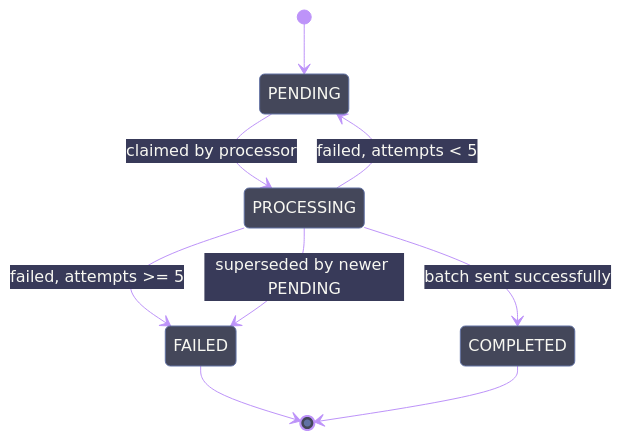
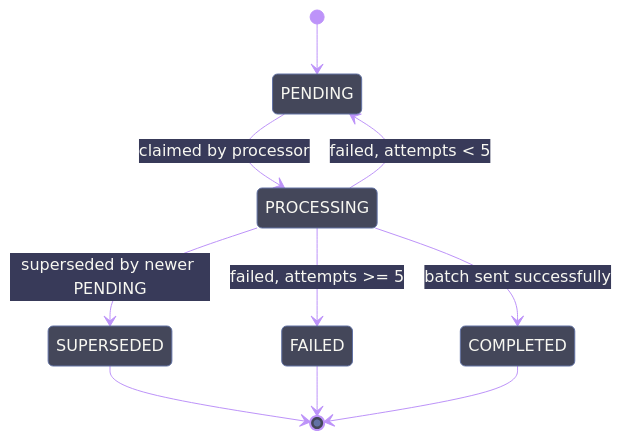
The second of 2 diagrams in nest-city-account/src/bloomreach/README.md (bratislava/konto.bratislava.sk), drawn with Mermaid before and after one commit. The commit also changed other lines of this file and 4 other files, not shown here.

````diff
--- a/nest-city-account/src/bloomreach/README.md
+++ b/nest-city-account/src/bloomreach/README.md
@@ -37,12 +37,13 @@
 ```mermaid
 %%{init: {'theme': 'base', 'themeVariables': {'primaryColor': '#44475a', 'primaryTextColor': '#f8f8f2', 'primaryBorderColor': '#6272a4', 'lineColor': '#bd93f9', 'secondaryColor': '#383a59', 'tertiaryColor': '#282a36', 'background': '#282a36', 'mainBkg': '#44475a', 'nodeBorder': '#6272a4', 'labelBackgroundColor': '#282a36'}}}%%
 stateDiagram-v2
     [*] --> PENDING
     PENDING --> PROCESSING: claimed by processor
     PROCESSING --> COMPLETED: batch sent successfully
     PROCESSING --> PENDING: failed, attempts < 5
     PROCESSING --> FAILED: failed, attempts >= 5
-    PROCESSING --> FAILED: superseded by newer PENDING
+    PROCESSING --> SUPERSEDED: superseded by newer PENDING
+    SUPERSEDED --> [*]
     FAILED --> [*]
     COMPLETED --> [*]
 ```
````
